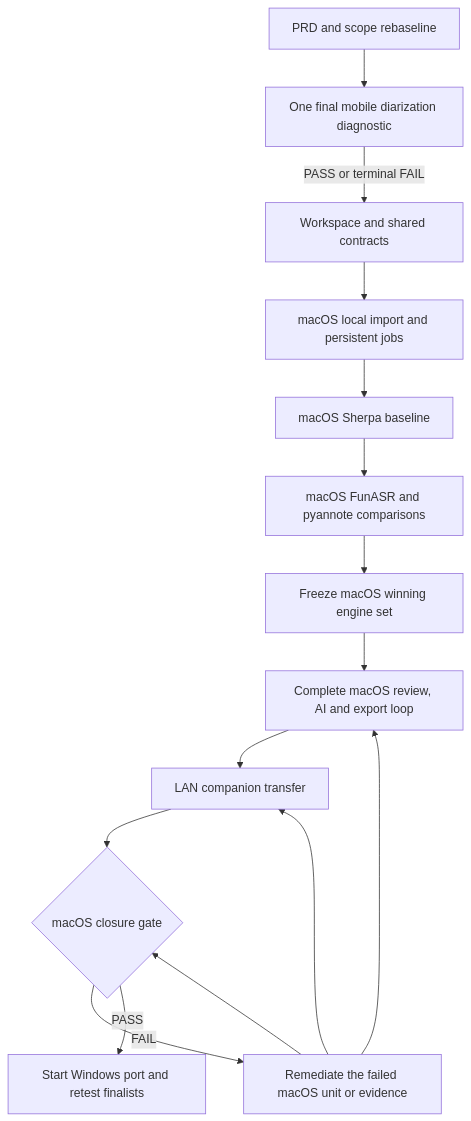
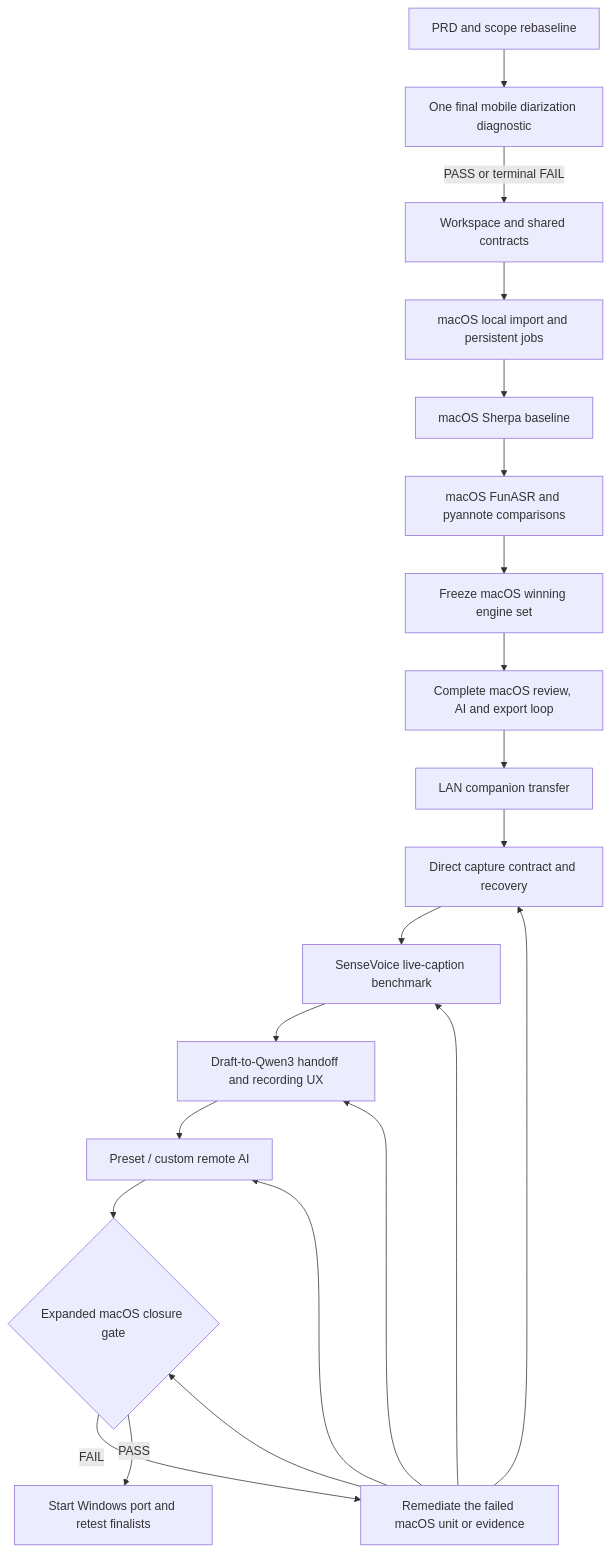
One commit to hashencode/voice-studio changed the second of 4 diagrams in docs/plans/2026-07-26-002-feat-desktop-first-meeting-workstation-plan.md. Above: the diagram before and after it, drawn with Mermaid. The commit also changed other lines of this file and 568 other files, not shown here.

````diff
--- a/docs/plans/2026-07-26-002-feat-desktop-first-meeting-workstation-plan.md
+++ b/docs/plans/2026-07-26-002-feat-desktop-first-meeting-workstation-plan.md
@@ -295,17 +419,23 @@
 ```mermaid
 flowchart TD
     P0["PRD and scope rebaseline"] --> M1["One final mobile diarization diagnostic"]
     M1 -->|"PASS or terminal FAIL"| W1["Workspace and shared contracts"]
     W1 --> D1["macOS local import and persistent jobs"]
     D1 --> B1["macOS Sherpa baseline"]
     B1 --> B2["macOS FunASR and pyannote comparisons"]
     B2 --> S1["Freeze macOS winning engine set"]
     S1 --> X1["Complete macOS review, AI and export loop"]
     X1 --> L1["LAN companion transfer"]
-    L1 --> G1{"macOS closure gate"}
+    L1 --> C1["Direct capture contract and recovery"]
+    C1 --> C2["SenseVoice live-caption benchmark"]
+    C2 --> C3["Draft-to-Qwen3 handoff and recording UX"]
+    C3 --> C4["Preset / custom remote AI"]
+    C4 --> G1{"Expanded macOS closure gate"}
     G1 -->|"FAIL"| FIX["Remediate the failed macOS unit or evidence"]
-    FIX --> X1
-    FIX --> L1
+    FIX --> C1
+    FIX --> C2
+    FIX --> C3
+    FIX --> C4
     FIX --> G1
     G1 -->|"PASS"| WIN["Start Windows port and retest finalists"]
 ```
````
